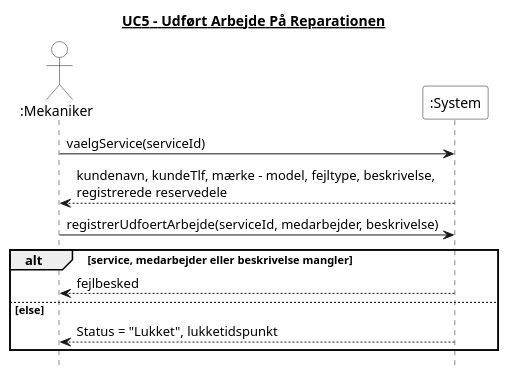
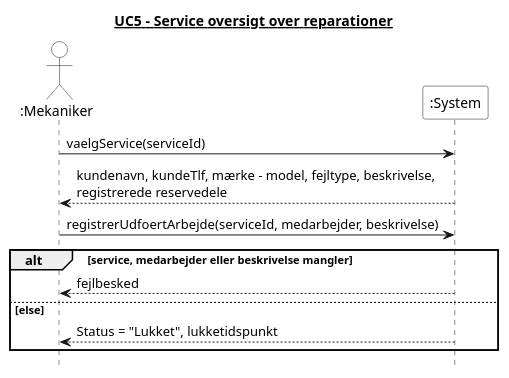
Before and after one commit to Zoabz/Getting-Real: the diagram in 4. System Sekvens Diagram/UC5_udfoert_arbejde.puml, drawn with PlantUML. The commit also changed 19 other files, not shown here.

```diff
--- a/4. System Sekvens Diagram/UC5_udfoert_arbejde.puml
+++ b/4. System Sekvens Diagram/UC5_udfoert_arbejde.puml
@@ -1,29 +1,29 @@
 @startuml
-title <u>UC5 - Udført Arbejde På Reparationen</u>
+title <u>UC5 - Service oversigt over reparationer</u>
 hide footbox
 skinparam monochrome true
 skinparam shadowing false
 skinparam backgroundColor white
 skinparam actor {
   BackgroundColor white
 }
 skinparam participant {
   BackgroundColor white
 }
 
 actor ":Mekaniker"
 participant ":System" as System
 
 ":Mekaniker" -> System : vaelgService(serviceId)
 
 System --> ":Mekaniker" : kundenavn, kundeTlf, mærke - model, fejltype, beskrivelse,\nregistrerede reservedele
 
 ":Mekaniker" -> System : registrerUdfoertArbejde(serviceId, medarbejder, beskrivelse)
 
 alt service, medarbejder eller beskrivelse mangler
   System --> ":Mekaniker" : fejlbesked
 else else
   System --> ":Mekaniker" : Status = "Lukket", lukketidspunkt
 end
 
 @enduml
```
